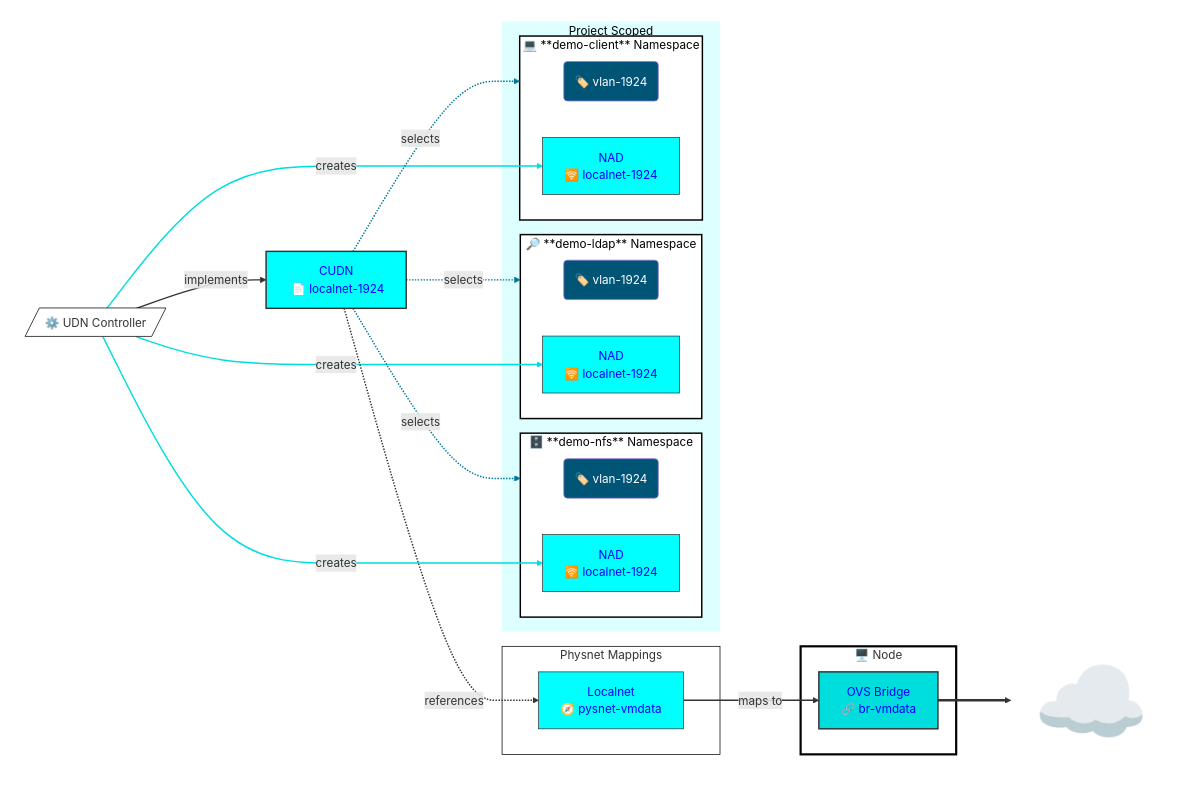
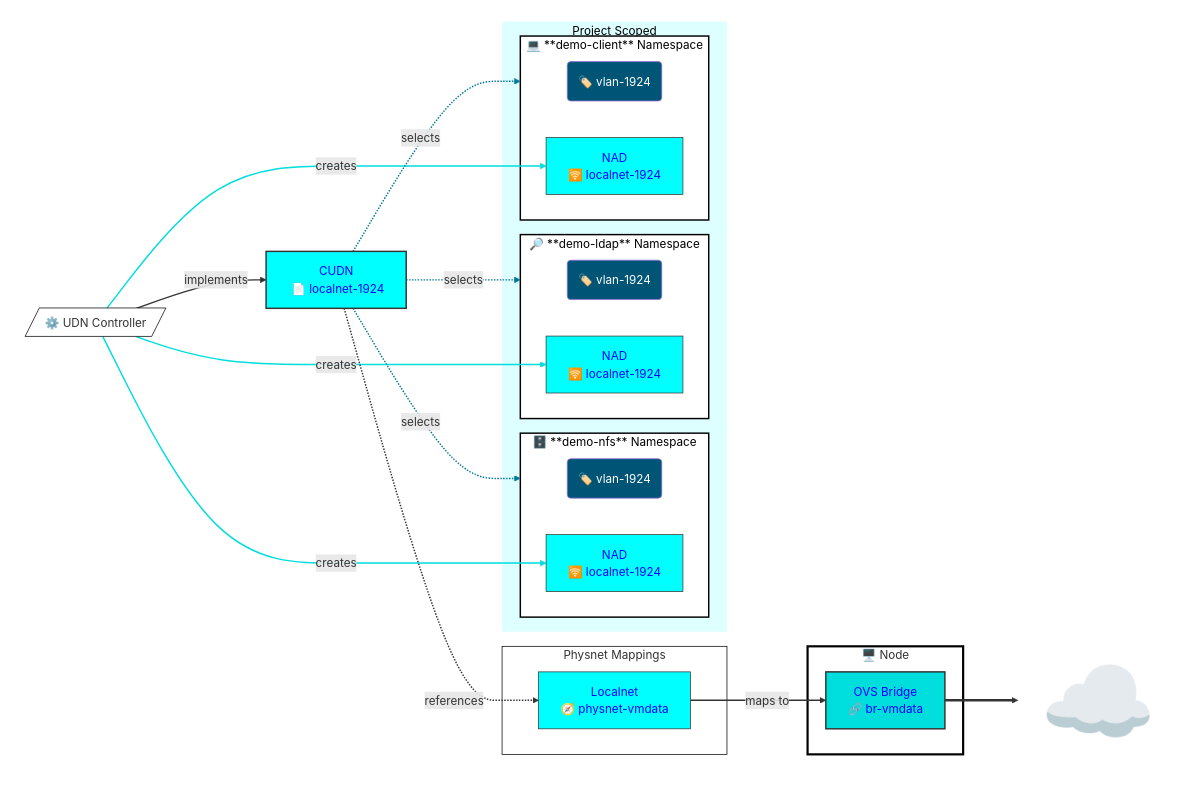
One commit to dlbewley/demo-autofs changed the third of 4 diagrams in networking/readme.md. Above: the diagram before and after it, drawn with Mermaid. The commit also changed other lines of this file, not shown here.

````diff
--- a/networking/readme.md
+++ b/networking/readme.md
@@ -143,75 +143,75 @@
 ```mermaid
 graph LR;
     subgraph Cluster[" "]
       udn-localnet-1924["CUDN<br>️ 📄 localnet-1924"]:::udn-localnet-1924
       udn-controller[/"⚙️ UDN Controller"/]
 
       subgraph Localnets["Physnet Mappings"]
-        physnet[Localnet<br> 🧭 pysnet-vmdata]:::nad-1924;
+        physnet[Localnet<br> 🧭 physnet-vmdata]:::nad-1924;
       end
 
       subgraph Project["Project Scoped"]
         subgraph ns-nfs["🗄️ **demo-nfs** Namespace"]
           label-nfs("🏷️ vlan-1924"):::labels;
           nad-1924-nfs[NAD<br> 🛜 localnet-1924];
         end
 
         subgraph ns-ldap["🔎 **demo-ldap** Namespace"]
           label-ldap("🏷️ vlan-1924"):::labels;
           nad-1924-ldap[NAD<br> 🛜 localnet-1924]:::nad-1924;
         end
 
         subgraph ns-client["💻 **demo-client** Namespace"]
           label-client("🏷️ vlan-1924"):::labels;
           nad-1924-client[NAD<br> 🛜 localnet-1924]:::nad-1924;
         end
       end
       subgraph node1["🖥️ Node "]
         br-vmdata[ OVS Bridge<br> 🔗 br-vmdata]:::vlan-1924;
       end
     end
 
     udn-localnet-1924 -. selects .-> ns-client
     udn-localnet-1924 -. selects .-> ns-ldap
     udn-localnet-1924 -. selects .-> ns-nfs
 
     linkStyle 0,1,2 stroke:#007799,stroke-width:2px;
 
     udn-controller --creates--> nad-1924-nfs
     udn-controller --creates--> nad-1924-ldap
     udn-controller --creates--> nad-1924-client
 
     linkStyle 3,4,5 stroke:#00dddd,stroke-width:2px;
 
     udn-controller == implements ==> udn-localnet-1924
     udn-localnet-1924 -. references .-> physnet
     physnet -- maps to --> br-vmdata
 
     linkStyle 6,7,8 stroke-width:2px;
 
     Internet["☁️ "]:::Internet
     br-vmdata ==> Internet
 
     classDef node-eth fill:#00dddd,color:#00f,stroke:#333,stroke-width:2px;
 
     classDef vlan-1924 fill:#00dddd,color:#00f,stroke:#333,stroke-width:2px;
     classDef udn-localnet-1924 fill:#00ffff,color:#00f,stroke:#333,stroke-width:2px;
 
     classDef labels stroke-width:1px,color:#fff,fill:#005577;
     classDef networks fill:#cdd,stroke-width:0px;
 
     style udn-controller fill:#fff,stroke:#000,stroke-width:1px;
     style node1 fill:#fff,stroke:#000,stroke-width:3px;
     style Localnets fill:#fff,stroke:#000,stroke-width:1px;
     style Cluster color:#000,fill:#fff,stroke:#333,stroke-width:0px;
     style Project color:#000,fill:#dff,stroke:#333,stroke-width:0px
     style Internet fill:none,stroke-width:0px,font-size:+2em;
 
     classDef nodes stroke-width:3px;
     class node1,node2,node3 nodes;
     classDef namespace color:#000,fill:#fff,stroke:#000,stroke-width:2px;
     class ns-nfs,ns-client,ns-ldap namespace;
 
     classDef nad-1924 fill:#00ffff,color:#00f,stroke:#333,stroke-width:1px;
     class nad-1924-client,nad-1924-ldap,nad-1924-nfs nad-1924;
 ```
````
